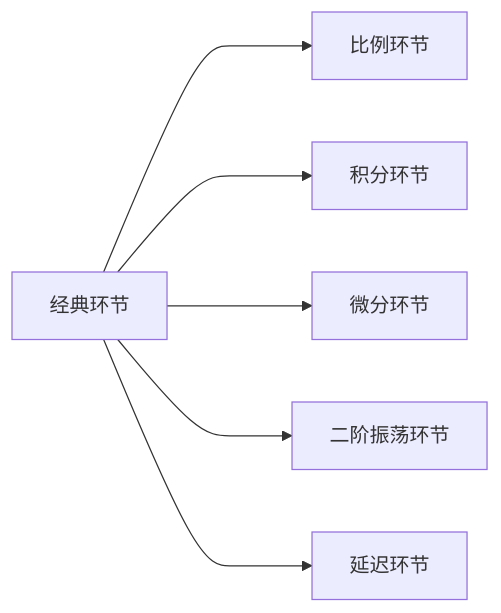
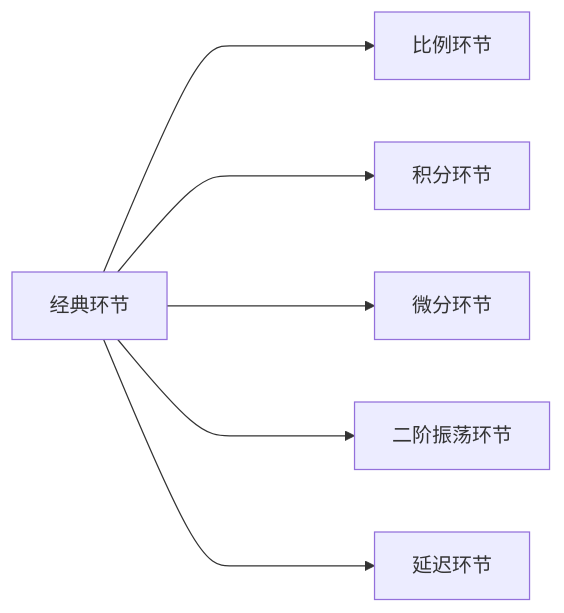
Before and after one commit to UNLINEARITY/Learn-Everything: the diagram in src/site/notes/经典环节的传递函数.md, drawn with Mermaid. The commit also changed other lines of this file and 16 other files, not shown here.

````diff
--- a/src/site/notes/经典环节的传递函数.md
+++ b/src/site/notes/经典环节的传递函数.md
@@ -12,4 +12,4 @@
 ```mermaid
 graph LR
-经典环节 ---> 比例环节 & 积分环节 & 1[微分环节] & 二阶振荡环节 & 延迟环节
+经典环节 ----> 比例环节 & 积分环节 & 1[微分环节] & 二阶振荡环节 & 延迟环节
 ```
````
